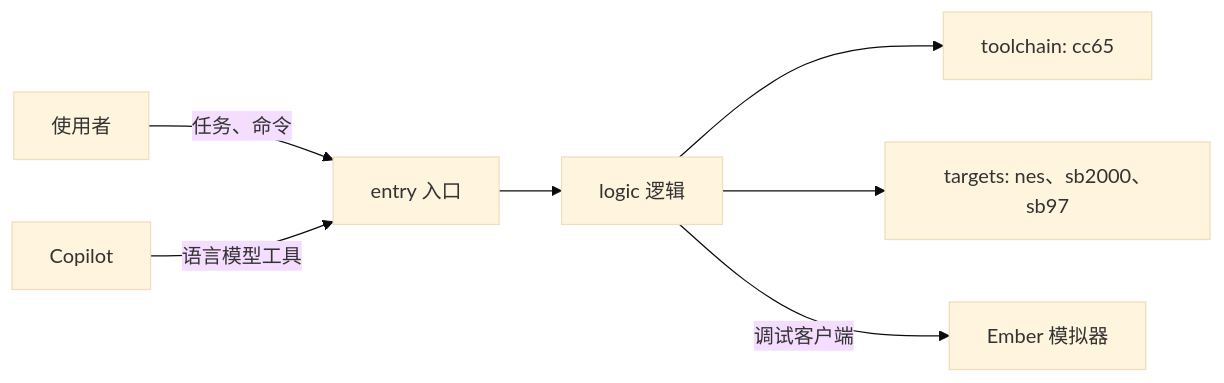
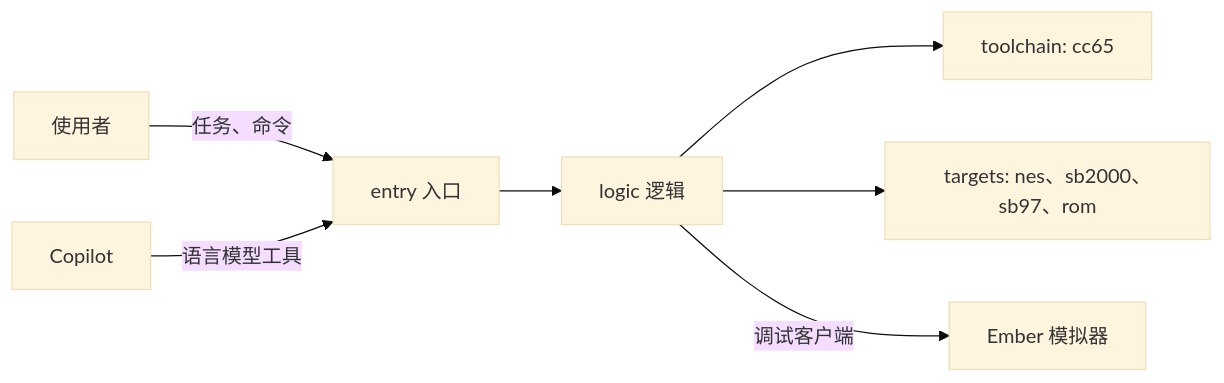
Before and after one commit to sungbindev/famiclone: the diagram in docs/01-软件架构设计.md, drawn with Mermaid (base theme). The commit also changed other lines of this file and 32 other files, not shown here.

````diff
--- a/docs/01-软件架构设计.md
+++ b/docs/01-软件架构设计.md
@@ -45,9 +45,9 @@
 ```mermaid
 flowchart LR
   USER[使用者] -->|任务、命令| ENTRY[entry 入口]
   AGENT[Copilot] -->|语言模型工具| ENTRY
   ENTRY --> LOGIC[logic 逻辑]
   LOGIC --> TC[toolchain: cc65]
-  LOGIC --> TG[targets: nes、sb2000、sb97]
+  LOGIC --> TG[targets: nes、sb2000、sb97、rom]
   LOGIC -->|调试客户端| EM[Ember 模拟器]
 ```
````
